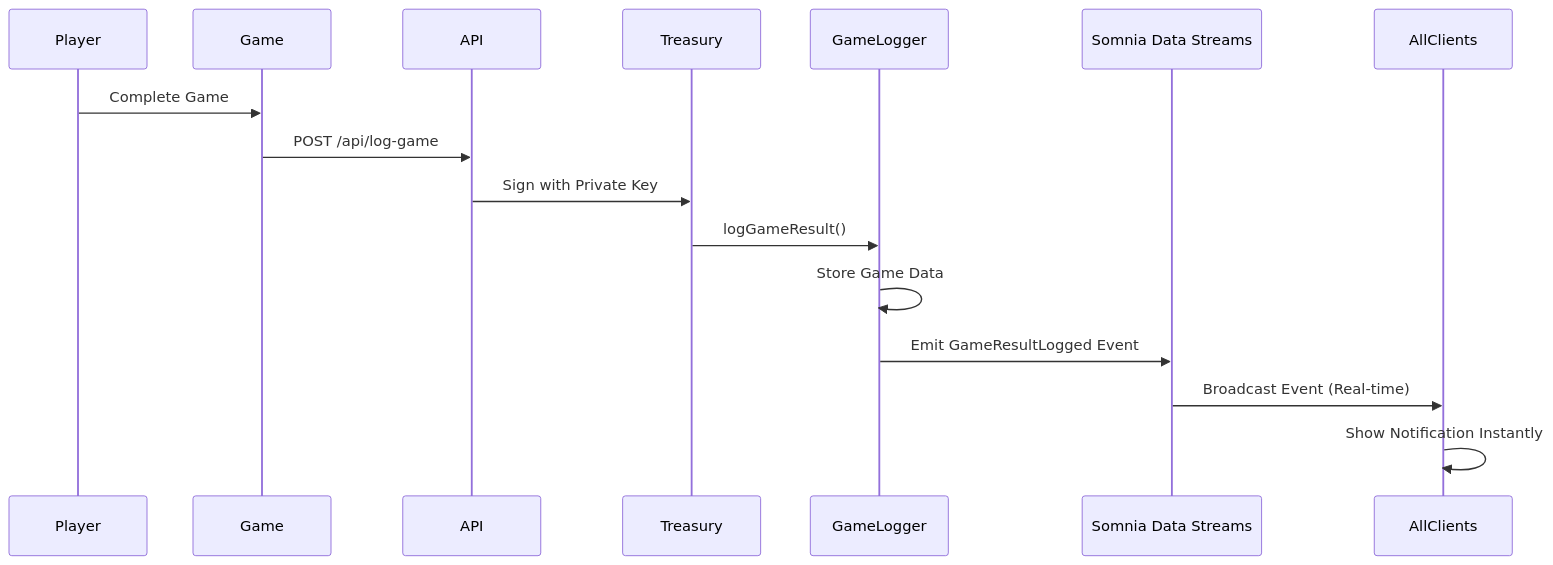
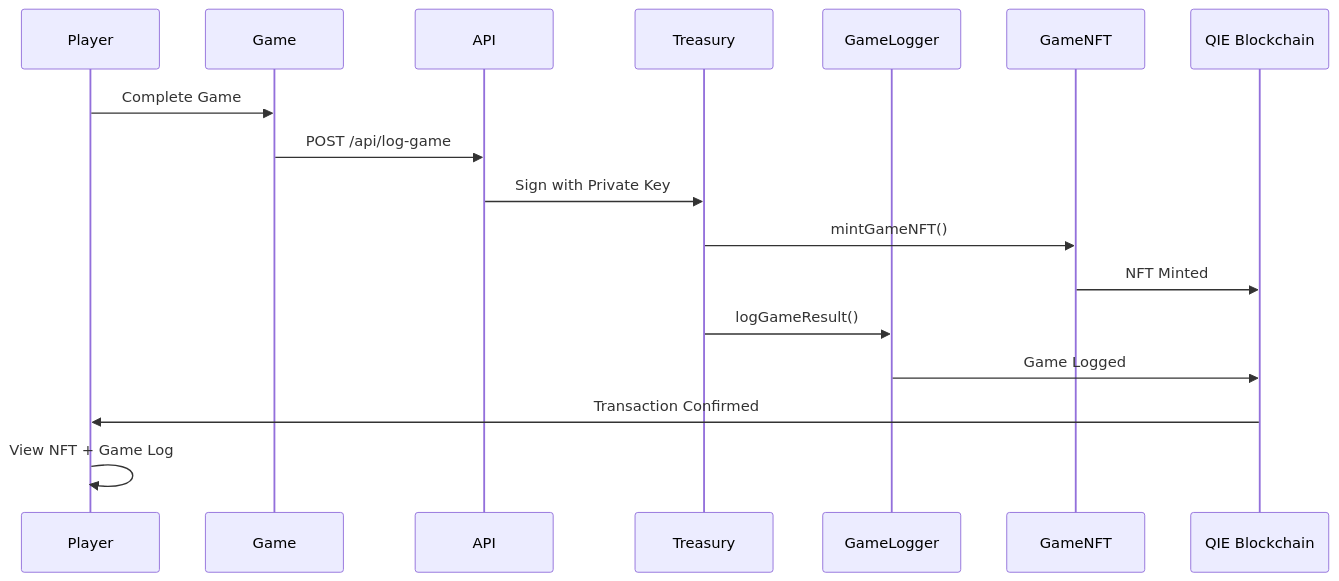
One commit to AmaanSayyad/APT-Casino-QIE changed diagram 11 of 12 in README.md. Above: the diagram before and after it, drawn with Mermaid. The commit also changed other lines of this file, not shown here.

````diff
--- a/README.md
+++ b/README.md
@@ -619,19 +617,20 @@
 ```mermaid
 sequenceDiagram
     participant Player
     participant Game
     participant API
     participant Treasury
     participant GameLogger
-    participant SDS as Somnia Data Streams
-    participant AllClients
+    participant GameNFT
+    participant QIE as QIE Blockchain
 
     Player->>Game: Complete Game
     Game->>API: POST /api/log-game
     API->>Treasury: Sign with Private Key
+    Treasury->>GameNFT: mintGameNFT()
+    GameNFT->>QIE: NFT Minted
     Treasury->>GameLogger: logGameResult()
-    GameLogger->>GameLogger: Store Game Data
-    GameLogger->>SDS: Emit GameResultLogged Event
-    SDS->>AllClients: Broadcast Event (Real-time)
-    AllClients->>AllClients: Show Notification Instantly
+    GameLogger->>QIE: Game Logged
+    QIE->>Player: Transaction Confirmed
+    Player->>Player: View NFT + Game Log
 ```
````
